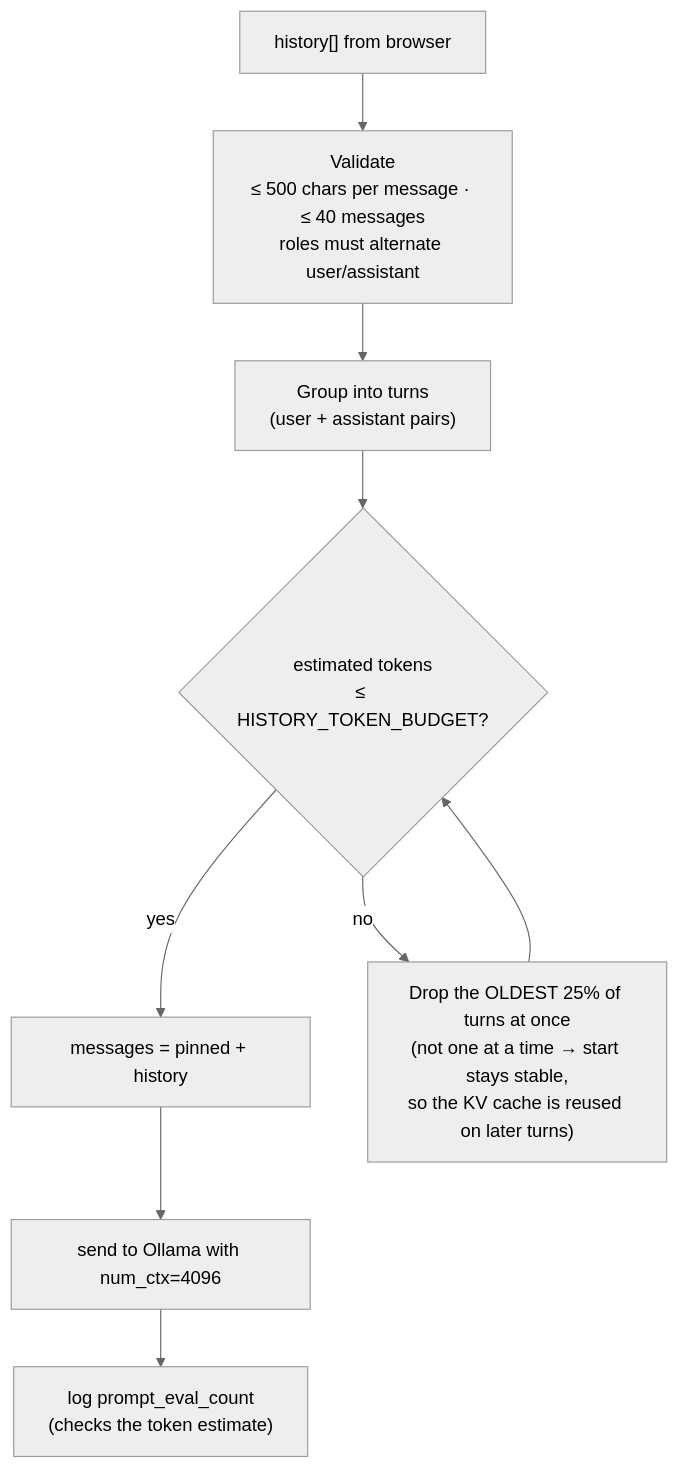
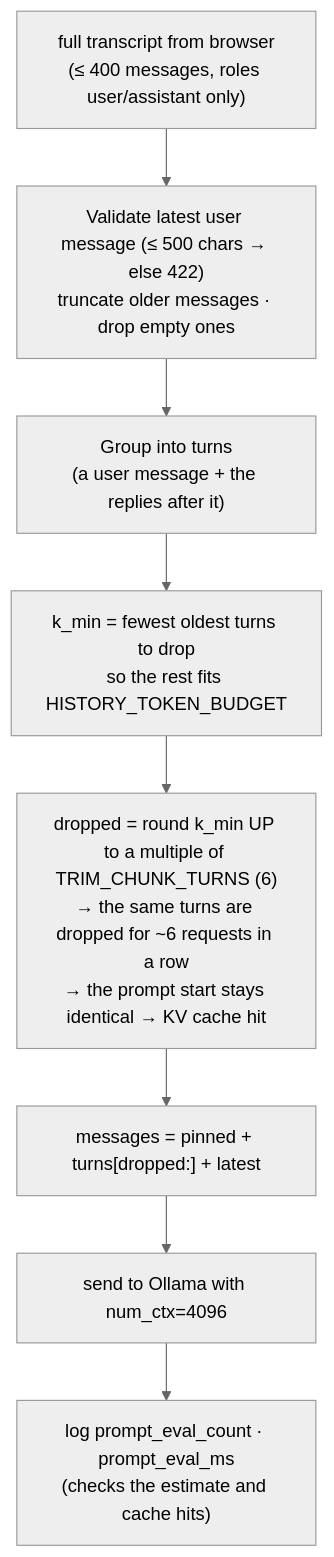
The fourth of 10 diagrams in docs/ARCHITECTURE.md (ShivaTeja05/Local-LLM-Based-Text-to-Speech-Application), drawn with Mermaid (neutral theme) before and after one commit. The commit also changed other lines of this file and 30 other files, not shown here.

````diff
--- a/docs/ARCHITECTURE.md
+++ b/docs/ARCHITECTURE.md
@@ -275,11 +286,10 @@
 ```mermaid
 flowchart TB
-  A["history[] from browser"] --> B["Validate<br/>≤ 500 chars per message · ≤ 40 messages<br/>roles must alternate user/assistant"]
-  B --> C["Group into turns<br/>(user + assistant pairs)"]
-  C --> D{"estimated tokens<br/>≤ HISTORY_TOKEN_BUDGET?"}
-  D -- yes --> F["messages = pinned + history"]
-  D -- no --> E["Drop the OLDEST 25% of turns at once<br/>(not one at a time → start stays stable,<br/>so the KV cache is reused on later turns)"]
-  E --> D
+  A["full transcript from browser<br/>(≤ 400 messages, roles user/assistant only)"] --> B["Validate latest user message (≤ 500 chars → else 422)<br/>truncate older messages · drop empty ones"]
+  B --> C["Group into turns<br/>(a user message + the replies after it)"]
+  C --> D["k_min = fewest oldest turns to drop<br/>so the rest fits HISTORY_TOKEN_BUDGET"]
+  D --> E["dropped = round k_min UP to a multiple of TRIM_CHUNK_TURNS (6)<br/>→ the same turns are dropped for ~6 requests in a row<br/>→ the prompt start stays identical → KV cache hit"]
+  E --> F["messages = pinned + turns[dropped:] + latest"]
   F --> G["send to Ollama with num_ctx=4096"]
-  G --> H["log prompt_eval_count<br/>(checks the token estimate)"]
+  G --> H["log prompt_eval_count · prompt_eval_ms<br/>(checks the estimate and cache hits)"]
 ```
````
